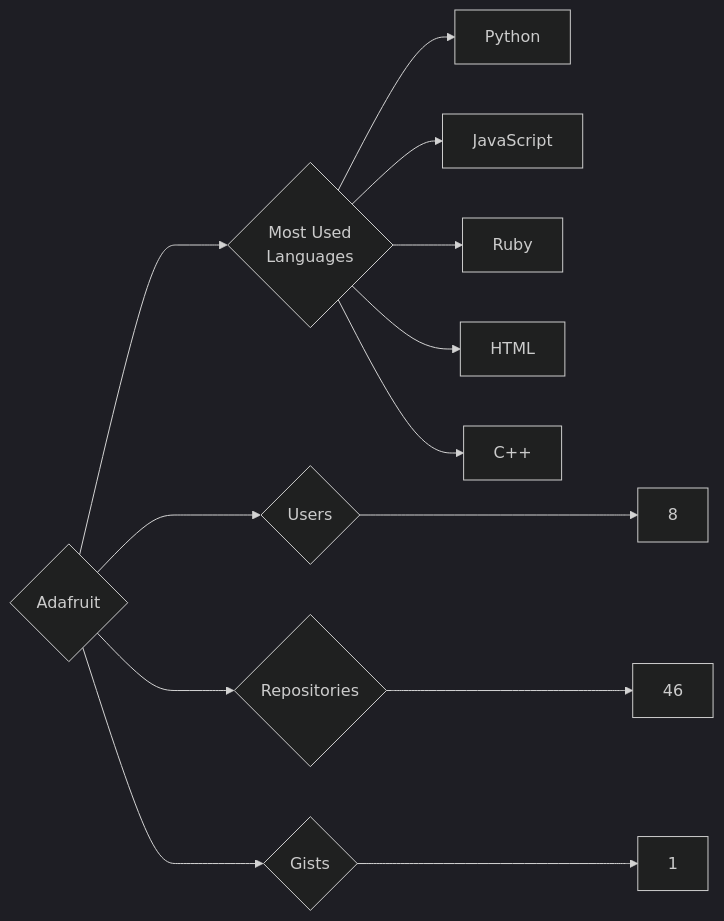
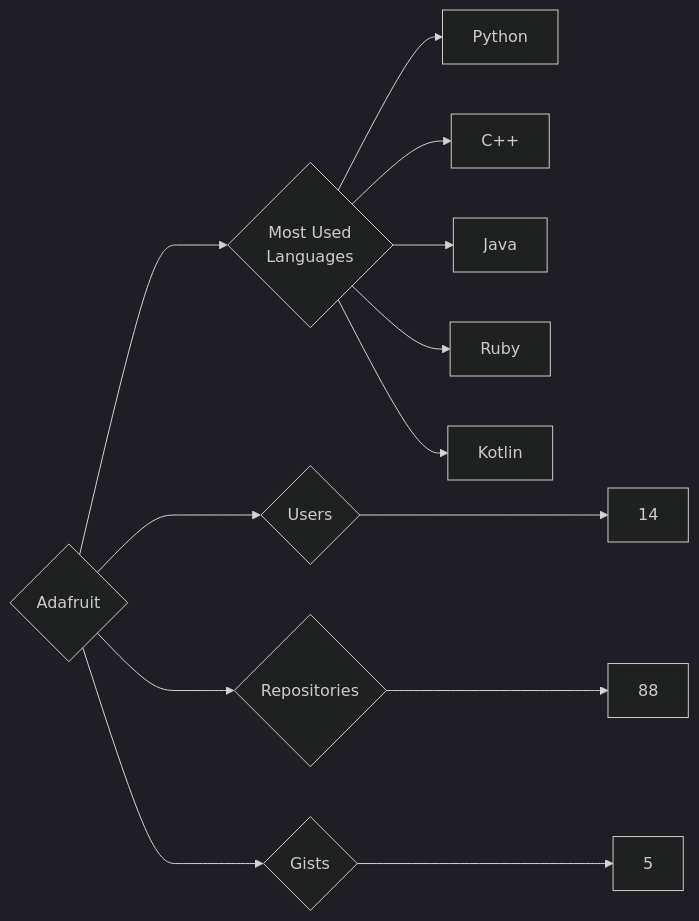
The diagram in targets/Adafruit/README.md (trickest/insiders), drawn with Mermaid (dark theme) before and after one commit. The commit also changed 611 other files, not shown here.

````diff
--- a/targets/Adafruit/README.md
+++ b/targets/Adafruit/README.md
@@ -3,13 +3,13 @@
 ```mermaid
 graph LR
 COMPANY_NAME{Adafruit}
-COMPANY_NAME ---> U{Users} ---> UN[8]
-COMPANY_NAME ---> R{Repositories} ---> RN[46]
-COMPANY_NAME ---> G{Gists} ---> GN[1]
+COMPANY_NAME ---> U{Users} ---> UN[14]
+COMPANY_NAME ---> R{Repositories} ---> RN[88]
+COMPANY_NAME ---> G{Gists} ---> GN[5]
 COMPANY_NAME ---> ML{Most Used<br>Languages}
 ML --> Python[Python]
-ML --> JavaScript[JavaScript]
+ML --> C++[C++]
+ML --> Java[Java]
 ML --> Ruby[Ruby]
-ML --> HTML[HTML]
-ML --> C++[C++]
+ML --> Kotlin[Kotlin]
 ```
````
